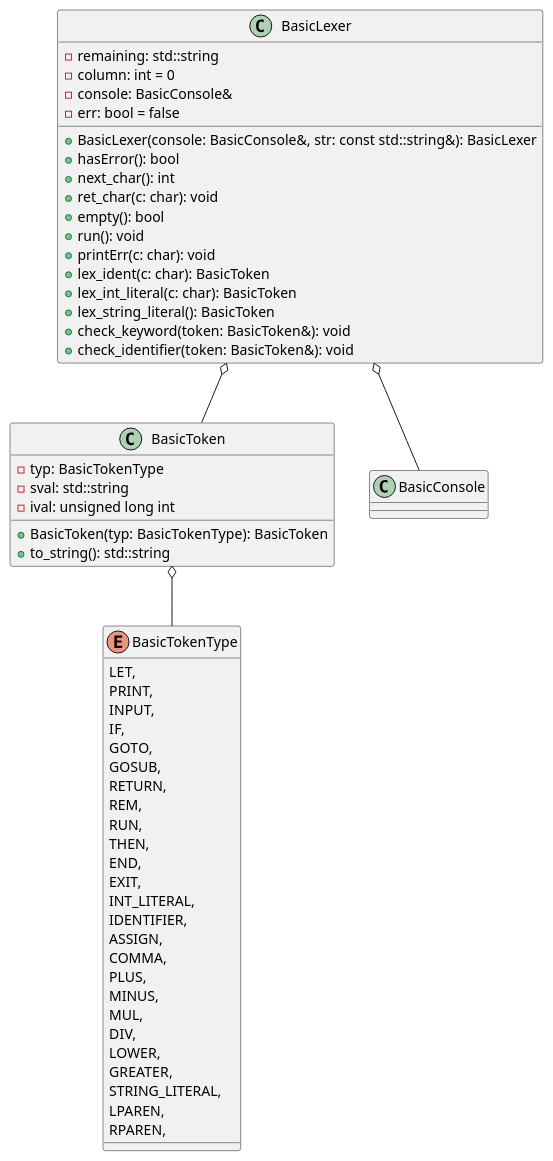
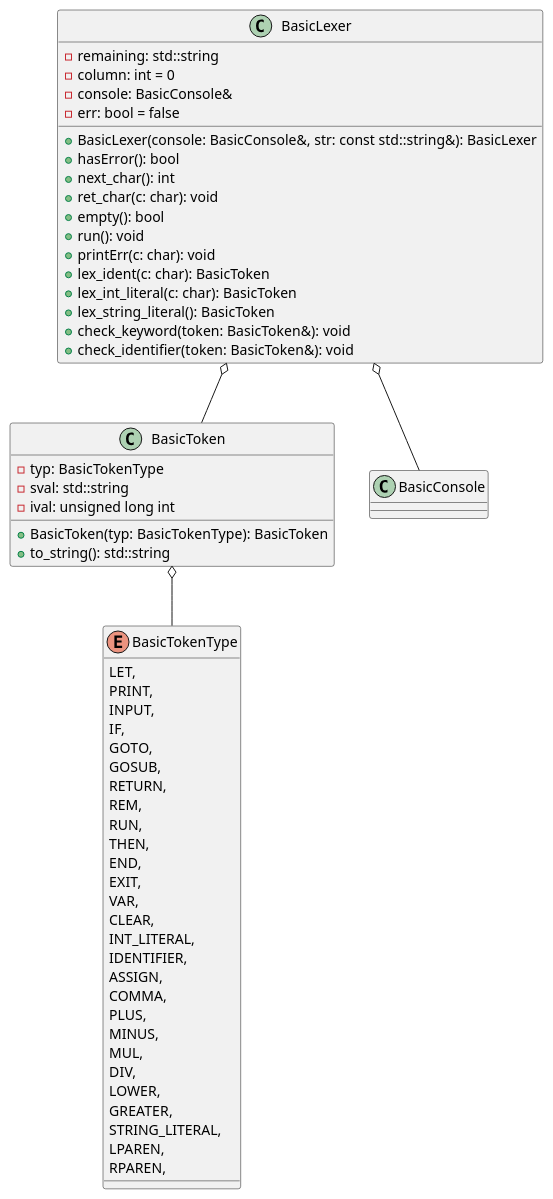
Before and after one commit to rossonlinesolutions/BASIC: the diagram in Documentation/LexerClasses.puml, drawn with PlantUML. The commit also changed 2 other files, not shown here.

Commit message:
Update UML class diagram accordingly to recent changes

```diff
--- a/Documentation/LexerClasses.puml
+++ b/Documentation/LexerClasses.puml
@@ -1,62 +1,64 @@
 @startuml Lexer classes
 enum BasicTokenType {
     LET,
     PRINT,
     INPUT,
     IF,
     GOTO,
     GOSUB,
     RETURN,
     REM,
     RUN,
     THEN,
     END,
     EXIT,
+    VAR,
+    CLEAR,
     INT_LITERAL,
     IDENTIFIER,
     ASSIGN,
     COMMA,
     PLUS,
     MINUS,
     MUL,
     DIV,
     LOWER,
     GREATER,
     STRING_LITERAL,
     LPAREN,
     RPAREN,
 }
 
 class BasicToken {
     - typ: BasicTokenType
     - sval: std::string
     - ival: unsigned long int
     + BasicToken(typ: BasicTokenType): BasicToken
     + to_string(): std::string
 }
 
 class BasicLexer {
     - remaining: std::string
     - column: int = 0
     'console for error reporting
     - console: BasicConsole&
     - err: bool = false
     + BasicLexer(console: BasicConsole&, str: const std::string&): BasicLexer
     + hasError(): bool
     + next_char(): int
     + ret_char(c: char): void
     + empty(): bool
     + run(): void
     + printErr(c: char): void
     + lex_ident(c: char): BasicToken
     + lex_int_literal(c: char): BasicToken
     + lex_string_literal(): BasicToken
     + check_keyword(token: BasicToken&): void
     + check_identifier(token: BasicToken&): void
 }
 
 BasicToken o-- BasicTokenType
 BasicLexer o-- BasicConsole
 BasicLexer o-- BasicToken
 
 @enduml
```
